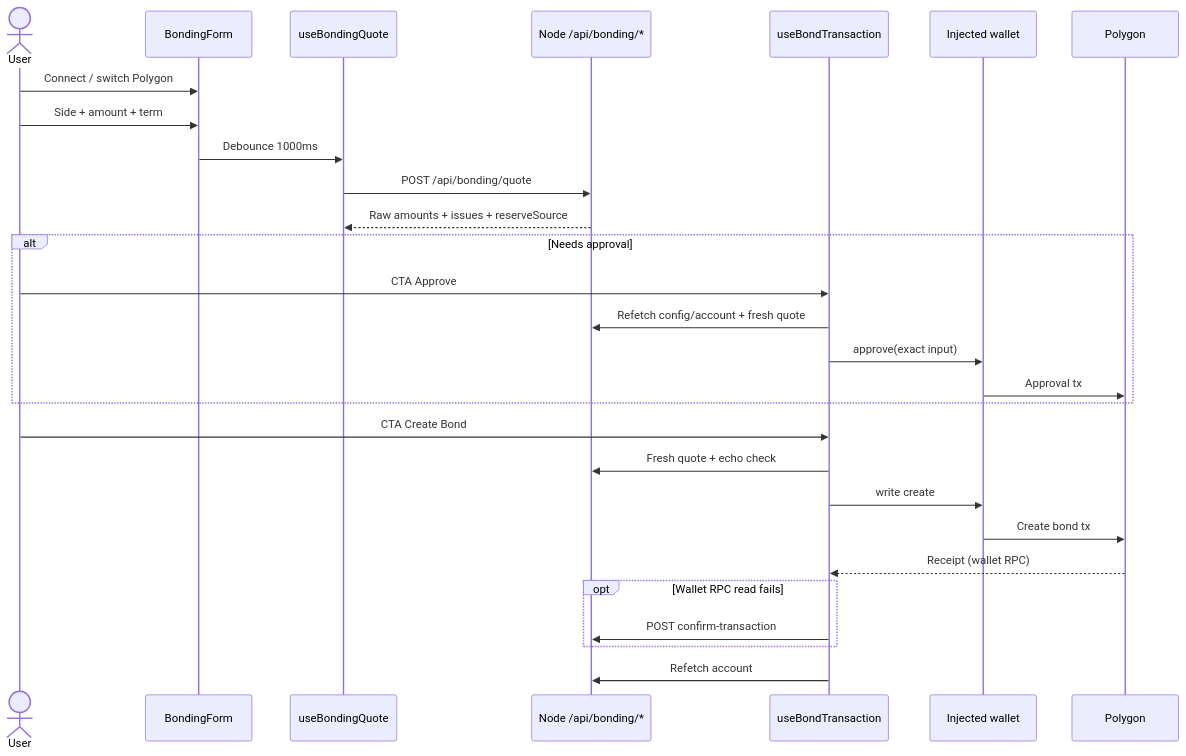
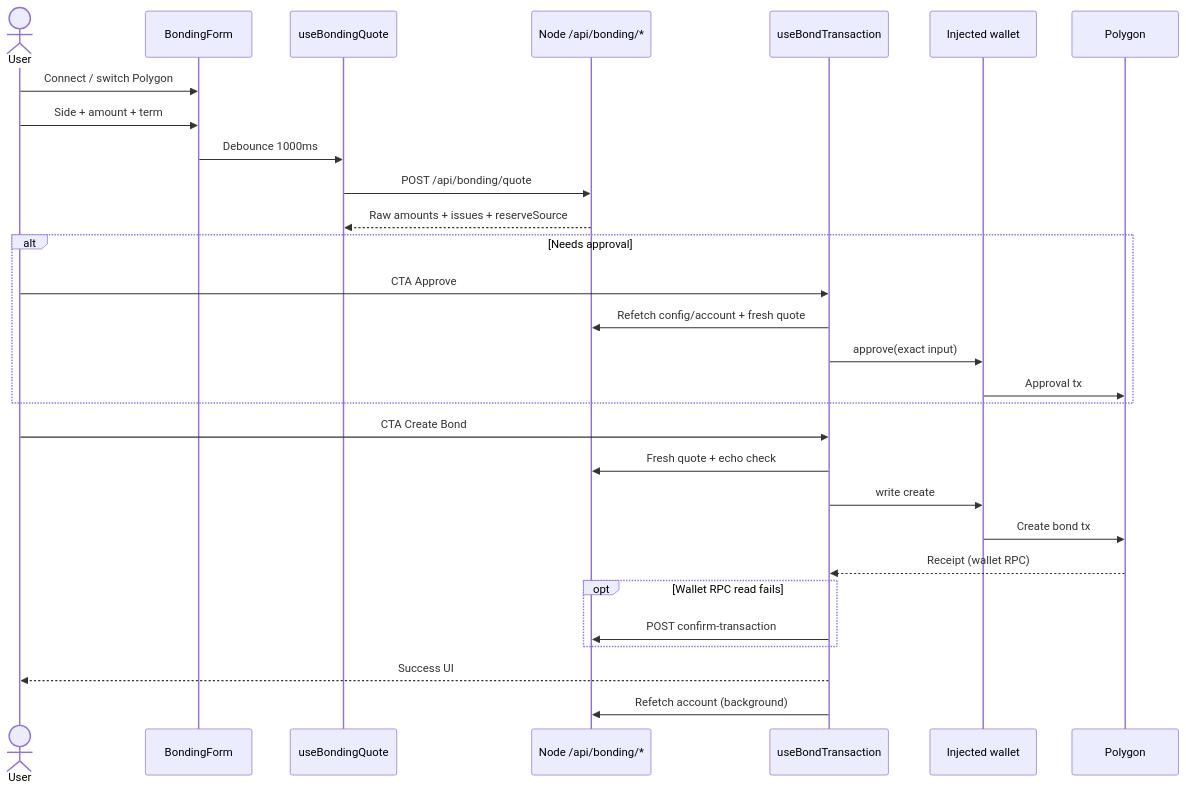
Before and after one commit to lx-production/prana-stats-revamp: the second of 2 diagrams in docs/bonding-technical-overview.md, drawn with Mermaid. The commit also changed other lines of this file and 21 other files, not shown here.

Commit message:
Refactor Bonding and Staking transaction flows to decouple account synchronization from receipt confirmation, allowing for immediate success UI display.

````diff
--- a/docs/bonding-technical-overview.md
+++ b/docs/bonding-technical-overview.md
@@ -157,33 +157,34 @@
 ```mermaid
 sequenceDiagram
   actor User
   participant Form as BondingForm
   participant Quote as useBondingQuote
   participant API as Node /api/bonding/*
   participant Tx as useBondTransaction
   participant Wallet as Injected wallet
   participant Chain as Polygon
 
   User->>Form: Connect / switch Polygon
   User->>Form: Side + amount + term
   Form->>Quote: Debounce 1000ms
   Quote->>API: POST /api/bonding/quote
   API-->>Quote: Raw amounts + issues + reserveSource
 
   alt Needs approval
     User->>Tx: CTA Approve
     Tx->>API: Refetch config/account + fresh quote
     Tx->>Wallet: approve(exact input)
     Wallet->>Chain: Approval tx
   end
 
   User->>Tx: CTA Create Bond
   Tx->>API: Fresh quote + echo check
   Tx->>Wallet: write create
   Wallet->>Chain: Create bond tx
   Chain-->>Tx: Receipt (wallet RPC)
   opt Wallet RPC read fails
     Tx->>API: POST confirm-transaction
   end
-  Tx->>API: Refetch account
+  Tx-->>User: Success UI
+  Tx->>API: Refetch account (background)
 ```
````
